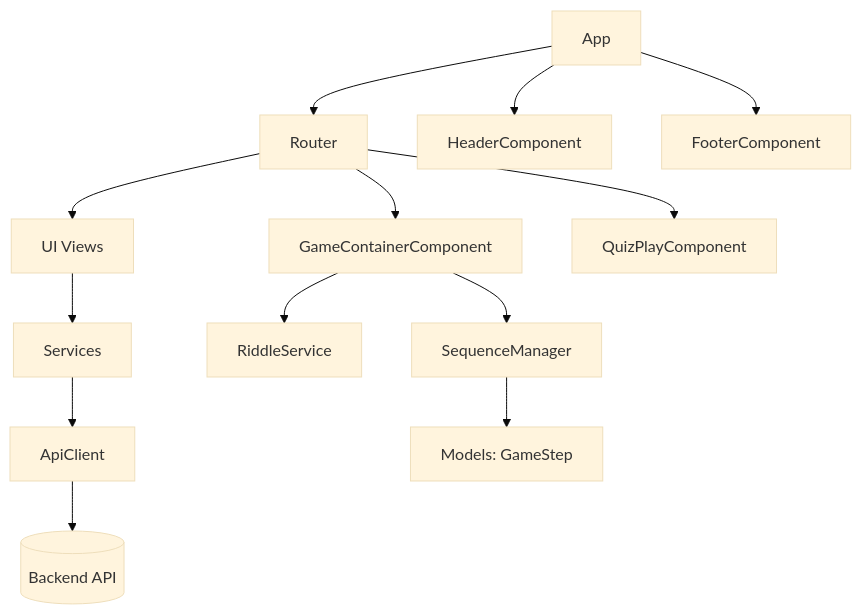
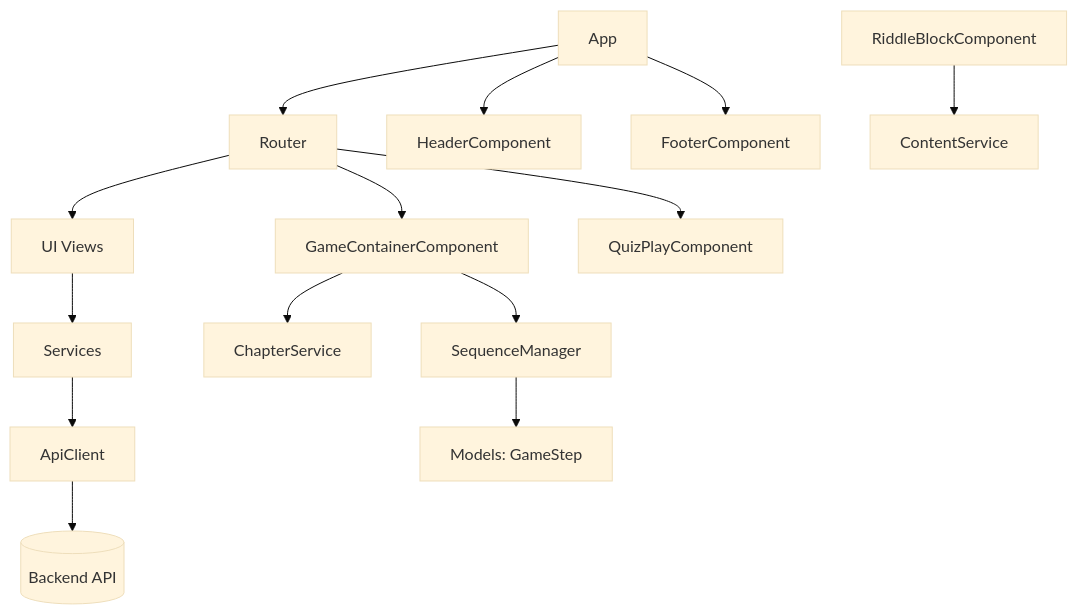
One commit to Vassili-REGNIER/matheopolis changed the diagram in .ai/architecture/frontend/overview.md. Above: the diagram before and after it, drawn with Mermaid (base theme). The commit also changed other lines of this file and 5 other files, not shown here.

````diff
--- a/.ai/architecture/frontend/overview.md
+++ b/.ai/architecture/frontend/overview.md
@@ -48,15 +51,16 @@
 ```mermaid
 flowchart TD
   App --> Router
   App --> HeaderComponent
   App --> FooterComponent
   Router --> Views[UI Views]
   Router --> GameContainerComponent
   Router --> QuizPlayComponent
   Views --> Services
-  GameContainerComponent --> RiddleService
+  GameContainerComponent --> ChapterService
+  RiddleBlockComponent --> ContentService
   Services --> ApiClient
   ApiClient --> Backend[(Backend API)]
   GameContainerComponent --> SequenceManager
   SequenceManager --> GameStep[Models: GameStep]
 ```
````
